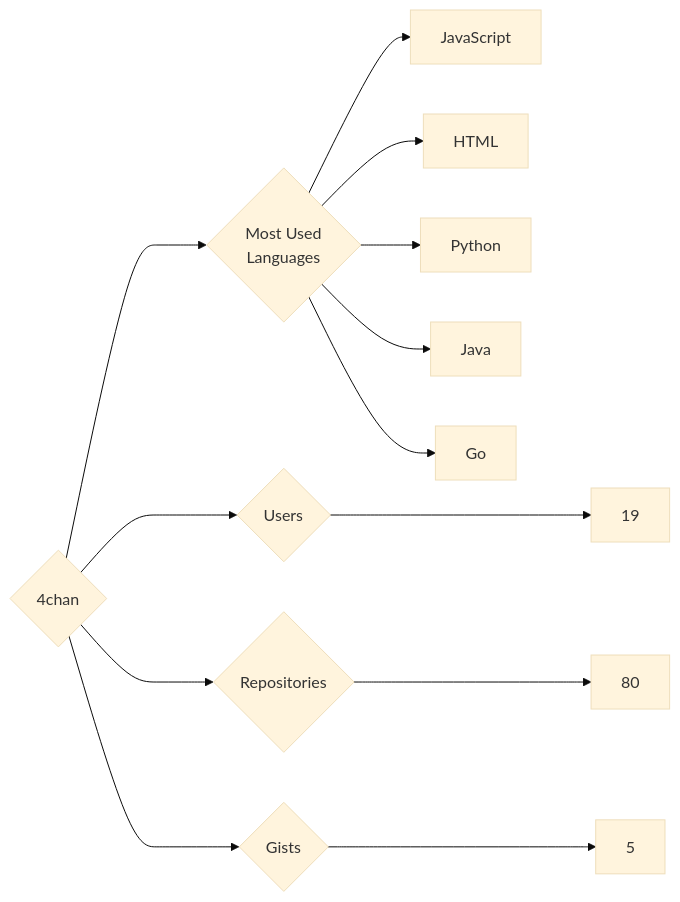
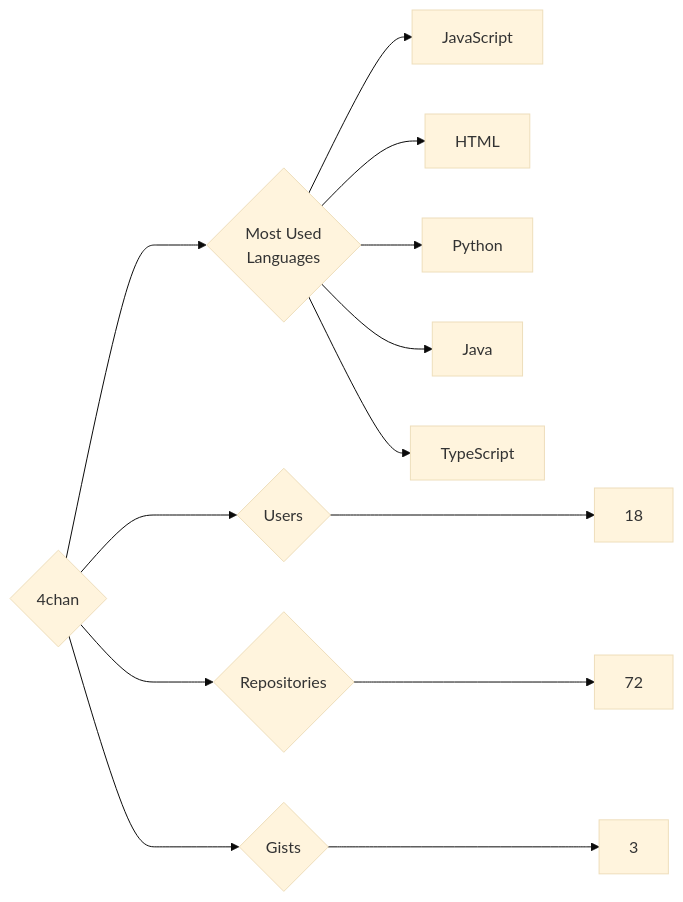
One commit to trickest/insiders changed the diagram in targets/4chan/README.md. Above: the diagram before and after it, drawn with Mermaid (base theme). The commit also changed 772 other files, not shown here.

````diff
--- a/targets/4chan/README.md
+++ b/targets/4chan/README.md
@@ -3,13 +3,13 @@
 ```mermaid
 graph LR
 COMPANY_NAME{4chan}
-COMPANY_NAME ---> U{Users} ---> UN[19]
-COMPANY_NAME ---> R{Repositories} ---> RN[80]
-COMPANY_NAME ---> G{Gists} ---> GN[5]
+COMPANY_NAME ---> U{Users} ---> UN[18]
+COMPANY_NAME ---> R{Repositories} ---> RN[72]
+COMPANY_NAME ---> G{Gists} ---> GN[3]
 COMPANY_NAME ---> ML{Most Used<br>Languages}
 ML --> JavaScript[JavaScript]
 ML --> HTML[HTML]
 ML --> Python[Python]
 ML --> Java[Java]
-ML --> Go[Go]
+ML --> TypeScript[TypeScript]
 ```
````
